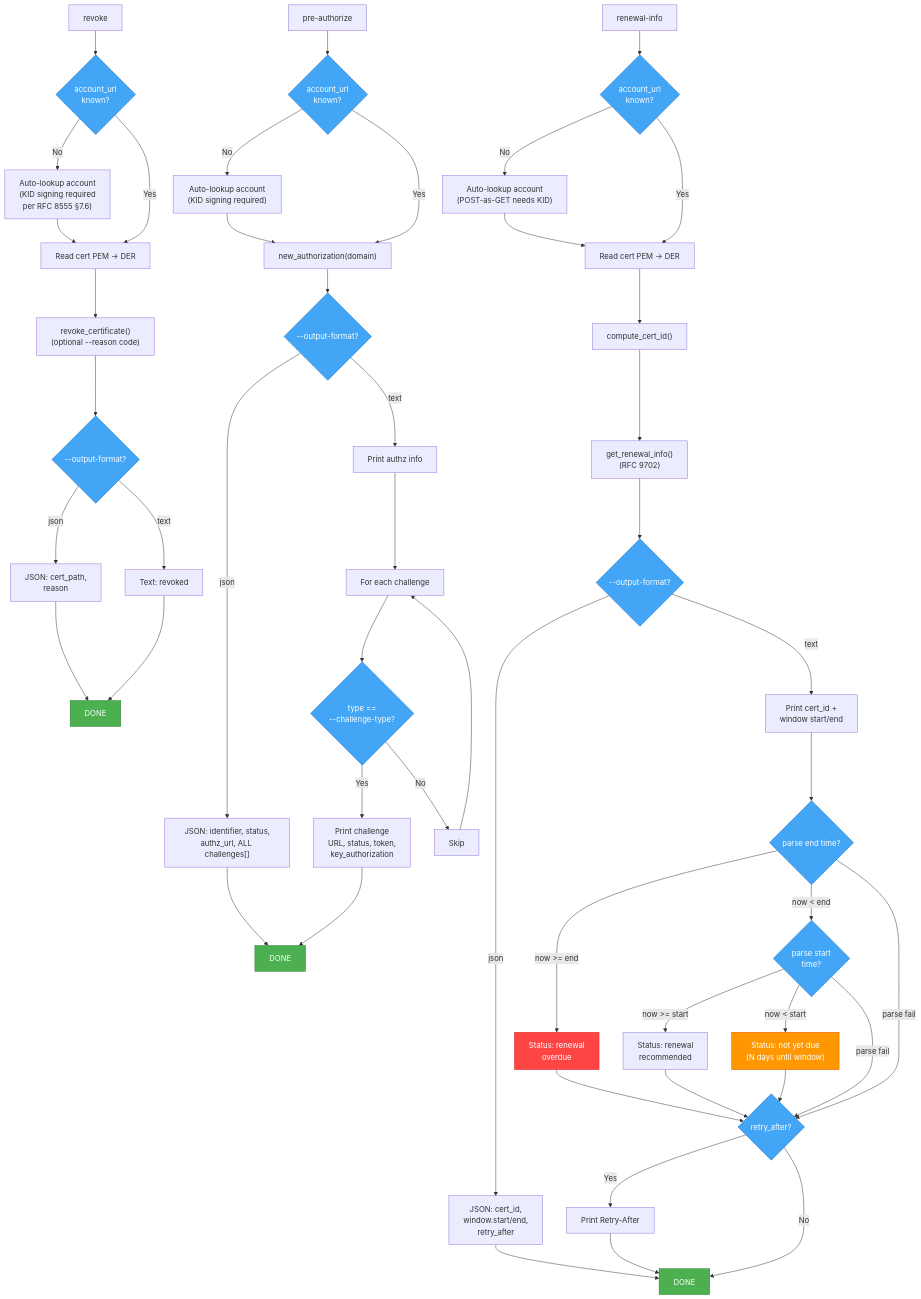
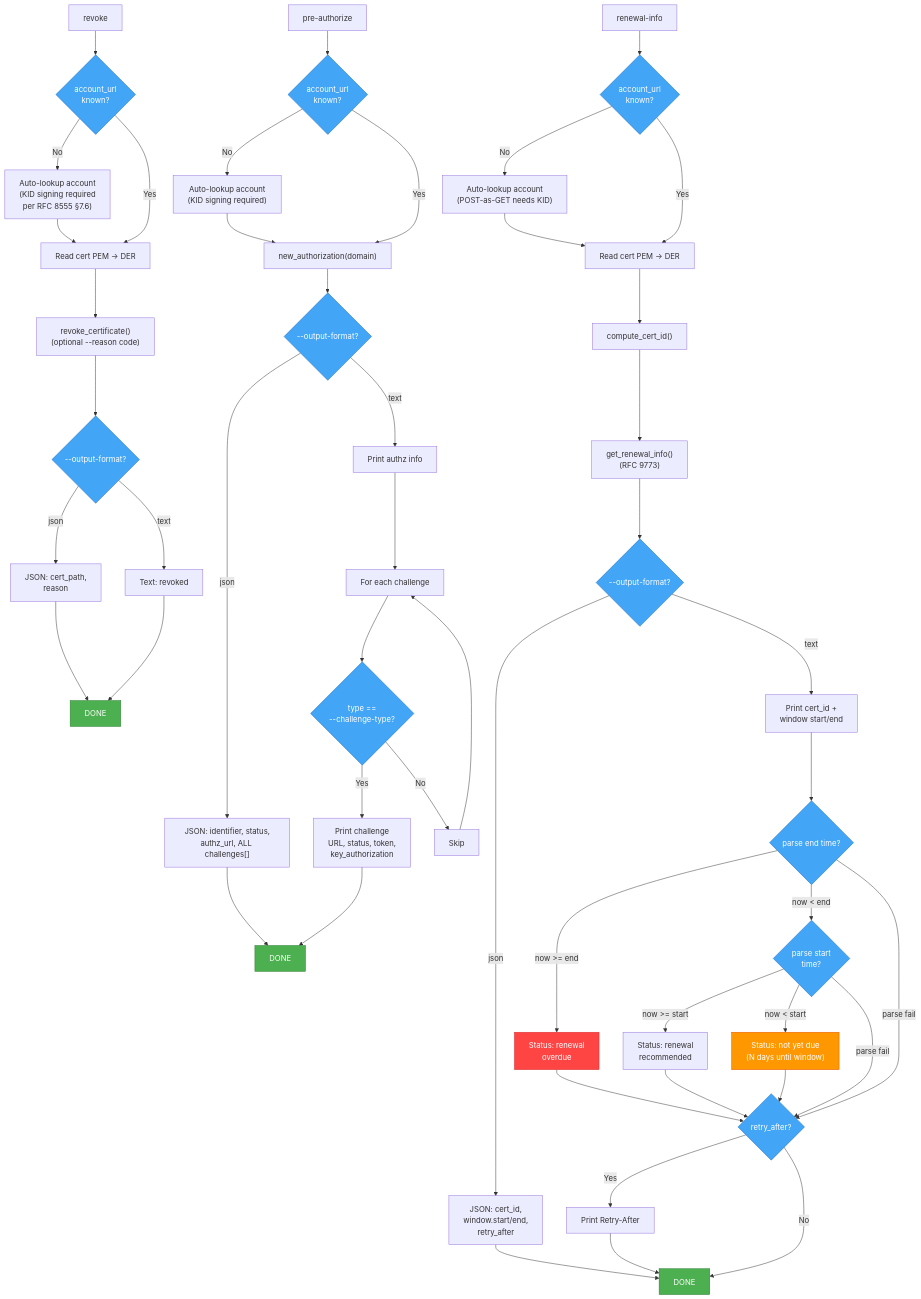
The eighth of 8 diagrams in PARAMETER-FLOW.md (andrico21/acme-client-rs), drawn with Mermaid before and after one commit. The commit also changed other lines of this file and 10 other files, not shown here.

````diff
--- a/PARAMETER-FLOW.md
+++ b/PARAMETER-FLOW.md
@@ -492,66 +492,66 @@
 ```mermaid
 graph TD
     %% === revoke ===
     RV["revoke"] --> RV_URL{"account_url<br/>known?"}
     RV_URL -- No --> RV_LOOKUP["Auto-lookup account<br/>(KID signing required<br/>per RFC 8555 §7.6)"]
     RV_URL -- Yes --> RV_READ
     RV_LOOKUP --> RV_READ["Read cert PEM → DER"]
     RV_READ --> RV_CALL["revoke_certificate()<br/>(optional --reason code)"]
     RV_CALL --> RV_FMT{"--output-format?"}
     RV_FMT -- json --> RV_JSON["JSON: cert_path,<br/>reason"]
     RV_FMT -- text --> RV_TEXT["Text: revoked"]
     RV_JSON --> RV_DONE["DONE"]
     RV_TEXT --> RV_DONE
 
     %% === pre-authorize ===
     PA["pre-authorize"] --> PA_URL{"account_url<br/>known?"}
     PA_URL -- No --> PA_LOOKUP["Auto-lookup account<br/>(KID signing required)"]
     PA_URL -- Yes --> PA_CALL
     PA_LOOKUP --> PA_CALL["new_authorization(domain)"]
     PA_CALL --> PA_FMT{"--output-format?"}
     PA_FMT -- json --> PA_JSON["JSON: identifier, status,<br/>authz_url, ALL challenges[]"]
     PA_FMT -- text --> PA_TEXT["Print authz info"]
     PA_JSON --> PA_DONE["DONE"]
     PA_TEXT --> PA_LOOP["For each challenge"]
     PA_LOOP --> PA_MATCH{"type ==<br/>--challenge-type?"}
     PA_MATCH -- Yes --> PA_SHOW["Print challenge<br/>URL, status, token,<br/>key_authorization"]
     PA_MATCH -- No --> PA_SKIP["Skip"]
     PA_SHOW --> PA_DONE["DONE"]
     PA_SKIP --> PA_LOOP
 
     %% === renewal-info ===
     RI["renewal-info"] --> RI_URL{"account_url<br/>known?"}
     RI_URL -- No --> RI_LOOKUP["Auto-lookup account<br/>(POST-as-GET needs KID)"]
     RI_URL -- Yes --> RI_READ
     RI_LOOKUP --> RI_READ["Read cert PEM → DER"]
     RI_READ --> RI_CID["compute_cert_id()"]
-    RI_CID --> RI_CALL["get_renewal_info()<br/>(RFC 9702)"]
+    RI_CID --> RI_CALL["get_renewal_info()<br/>(RFC 9773)"]
     RI_CALL --> RI_FMT{"--output-format?"}
 
     RI_FMT -- json --> RI_JSON["JSON: cert_id,<br/>window.start/end,<br/>retry_after"]
     RI_JSON --> RI_DONE["DONE"]
 
     RI_FMT -- text --> RI_PRINT["Print cert_id +<br/>window start/end"]
     RI_PRINT --> RI_PARSE_END{"parse end time?"}
     RI_PARSE_END -- "now >= end" --> RI_OVERDUE["Status: renewal<br/>overdue"]
     RI_PARSE_END -- "now < end" --> RI_PARSE_START{"parse start<br/>time?"}
     RI_PARSE_END -- "parse fail" --> RI_RETRY
     RI_PARSE_START -- "now >= start" --> RI_RECO["Status: renewal<br/>recommended"]
     RI_PARSE_START -- "now < start" --> RI_WAIT["Status: not yet due<br/>(N days until window)"]
     RI_PARSE_START -- "parse fail" --> RI_RETRY
     RI_OVERDUE --> RI_RETRY{"retry_after?"}
     RI_RECO --> RI_RETRY
     RI_WAIT --> RI_RETRY
     RI_RETRY -- Yes --> RI_RETRY_PRINT["Print Retry-After"]
     RI_RETRY -- No --> RI_DONE
     RI_RETRY_PRINT --> RI_DONE
 
     classDef success fill:#4caf50,color:white,stroke:#2e7d32
     classDef decision fill:#42a5f5,color:white,stroke:#1565c0
     classDef error fill:#f44,color:white,stroke:#d32f2f
     classDef skip fill:#ff9800,color:white,stroke:#e65100
     class RV_DONE,PA_DONE,RI_DONE success
     class RI_OVERDUE error
     class RI_WAIT skip
     class RV_URL,RV_FMT,PA_URL,PA_FMT,PA_MATCH,RI_URL,RI_FMT,RI_PARSE_END,RI_PARSE_START,RI_RETRY decision
 ```
````
